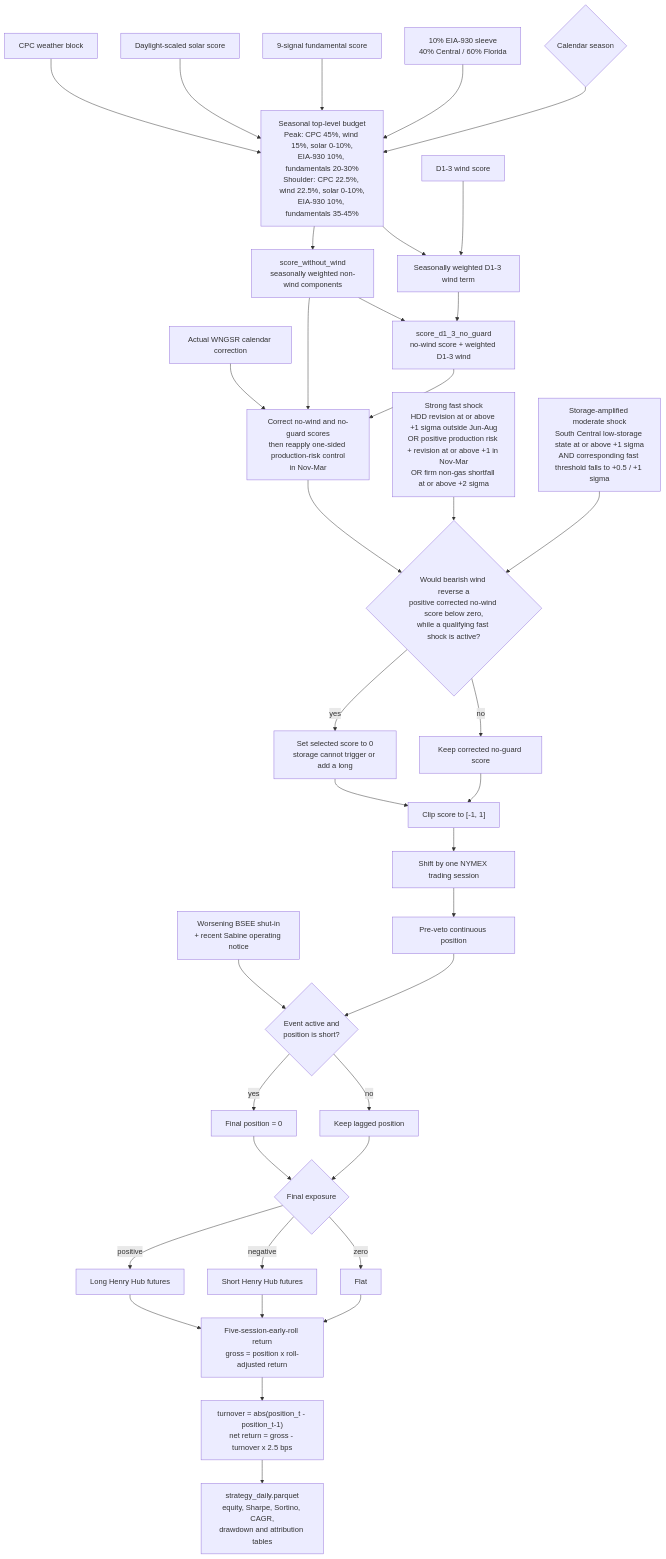
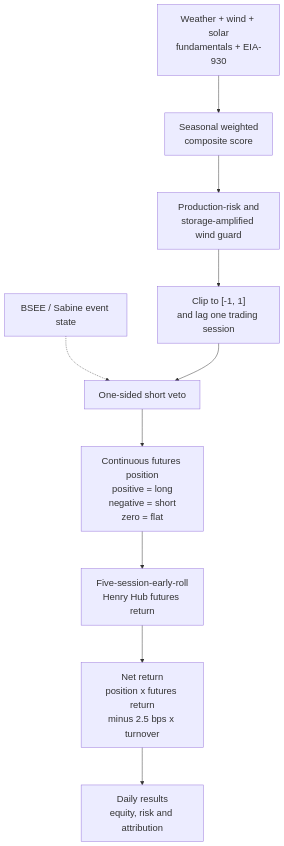
Before and after one commit to Shuhan-yang-math/henry-hub-natural-gas: the third of 3 diagrams in README.md, drawn with Mermaid. The commit also changed other lines of this file, not shown here.

Commit message:
docs: simplify and enlarge strategy flow diagrams

````diff
--- a/README.md
+++ b/README.md
@@ -311,47 +264,17 @@
 ```mermaid
+%%{init: {"flowchart": {"nodeSpacing": 65, "rankSpacing": 80}, "themeVariables": {"fontSize": "20px"}}}%%
 flowchart TB
-    SEASON{"Calendar season"}
-    CPC["CPC weather block"] --> BUDGET["Seasonal top-level budget<br/>Peak: CPC 45%, wind 15%, solar 0-10%,<br/>EIA-930 10%, fundamentals 20-30%<br/>Shoulder: CPC 22.5%, wind 22.5%, solar 0-10%,<br/>EIA-930 10%, fundamentals 35-45%"]
-    SOLAR["Daylight-scaled solar score"] --> BUDGET
-    FUND["9-signal fundamental score"] --> BUDGET
-    POWER["10% EIA-930 sleeve<br/>40% Central / 60% Florida"] --> BUDGET
-    SEASON --> BUDGET
+    SCORES["Weather + wind + solar<br/>fundamentals + EIA-930"] --> MIX["Seasonal weighted<br/>composite score"]
 
-    BUDGET --> NO_WIND["score_without_wind<br/>seasonally weighted non-wind components"]
-    BUDGET --> WIND_WEIGHT["Seasonally weighted D1-3 wind term"]
-    WIND["D1-3 wind score"] --> WIND_WEIGHT
-    NO_WIND --> NO_GUARD["score_d1_3_no_guard<br/>no-wind score + weighted D1-3 wind"]
-    WIND_WEIGHT --> NO_GUARD
+    MIX --> GUARD["Production-risk and<br/>storage-amplified wind guard"]
+    GUARD --> LAG["Clip to [-1, 1]<br/>and lag one trading session"]
 
-    WNGSR["Actual WNGSR calendar correction"] --> SHORT_FLOOR["Correct no-wind and no-guard scores<br/>then reapply one-sided production-risk control<br/>in Nov-Mar"]
-    NO_WIND --> SHORT_FLOOR
-    NO_GUARD --> SHORT_FLOOR
+    EVENTS["BSEE / Sabine event state"] -.-> VETO["One-sided short veto"]
+    LAG --> VETO
 
-    SHORT_FLOOR --> WIND_GUARD{"Would bearish wind reverse a<br/>positive corrected no-wind score below zero,<br/>while a qualifying fast shock is active?"}
-    STRONG["Strong fast shock<br/>HDD revision at or above +1 sigma outside Jun-Aug<br/>OR positive production risk + revision at or above +1 in Nov-Mar<br/>OR firm non-gas shortfall at or above +2 sigma"] --> WIND_GUARD
-    AMPLIFIED["Storage-amplified moderate shock<br/>South Central low-storage state at or above +1 sigma<br/>AND corresponding fast threshold falls to +0.5 / +1 sigma"] --> WIND_GUARD
-    WIND_GUARD -->|"yes"| FLAT_GUARD["Set selected score to 0<br/>storage cannot trigger or add a long"]
-    WIND_GUARD -->|"no"| KEEP["Keep corrected no-guard score"]
+    VETO --> POSITION["Continuous futures position<br/>positive = long<br/>negative = short<br/>zero = flat"]
 
-    FLAT_GUARD --> CLIP["Clip score to [-1, 1]"]
-    KEEP --> CLIP
-    CLIP --> LAG["Shift by one NYMEX trading session"]
-    LAG --> PRE_VETO["Pre-veto continuous position"]
-
-    EVENT["Worsening BSEE shut-in<br/>+ recent Sabine operating notice"] --> VETO{"Event active and<br/>position is short?"}
-    PRE_VETO --> VETO
-    VETO -->|"yes"| FINAL_FLAT["Final position = 0"]
-    VETO -->|"no"| FINAL_KEEP["Keep lagged position"]
-
-    FINAL_FLAT --> SIDE{"Final exposure"}
-    FINAL_KEEP --> SIDE
-    SIDE -->|"positive"| LONG["Long Henry Hub futures"]
-    SIDE -->|"negative"| SHORT["Short Henry Hub futures"]
-    SIDE -->|"zero"| FLAT["Flat"]
-
-    LONG --> PNL["Five-session-early-roll return<br/>gross = position x roll-adjusted return"]
-    SHORT --> PNL
-    FLAT --> PNL
-    PNL --> COST["turnover = abs(position_t - position_t-1)<br/>net return = gross - turnover x 2.5 bps"]
-    COST --> OUTPUT["strategy_daily.parquet<br/>equity, Sharpe, Sortino, CAGR,<br/>drawdown and attribution tables"]
+    POSITION --> RETURN["Five-session-early-roll<br/>Henry Hub futures return"]
+    RETURN --> NET["Net return<br/>position x futures return<br/>minus 2.5 bps x turnover"]
+    NET --> RESULTS["Daily results<br/>equity, risk and attribution"]
 ```
````
